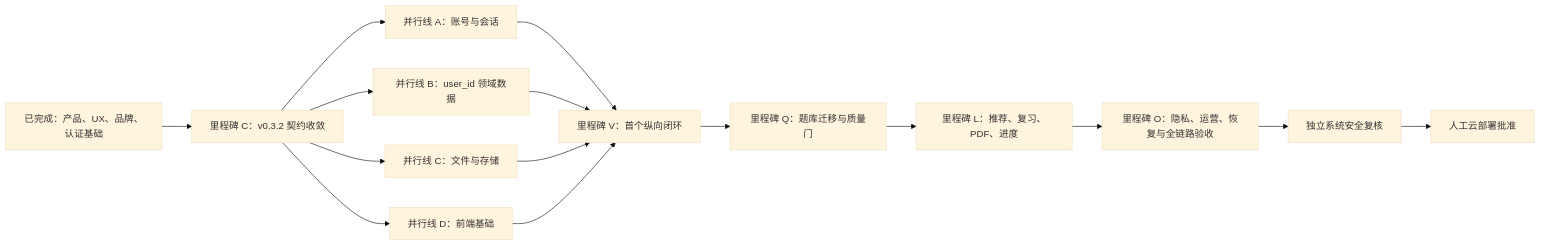
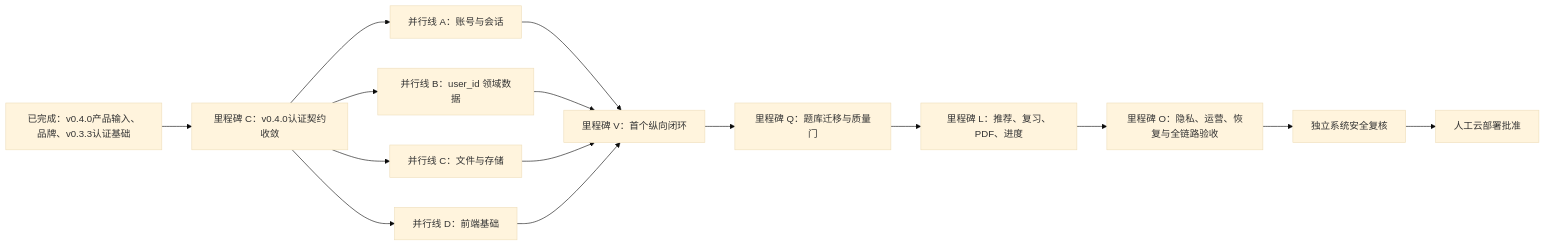
Before and after one commit to chjesu/math-error-notebook-web: the diagram in docs/11-REMAINING-FUNCTION-WBS.md, drawn with Mermaid (base theme). The commit also changed other lines of this file and 16 other files, not shown here.

Commit message:
docs: redesign login and registration product flow

````diff
--- a/docs/11-REMAINING-FUNCTION-WBS.md
+++ b/docs/11-REMAINING-FUNCTION-WBS.md
@@ -57,17 +57,17 @@
 ```mermaid
 flowchart LR
-    BASE[已完成：产品、UX、品牌、认证基础] --> C[里程碑 C：v0.3.2 契约收敛]
+    BASE[已完成：v0.4.0产品输入、品牌、v0.3.3认证基础] --> C[里程碑 C：v0.4.0认证契约收敛]
     C --> A[并行线 A：账号与会话]
     C --> D[并行线 B：user_id 领域数据]
     C --> F[并行线 C：文件与存储]
     C --> UI[并行线 D：前端基础]
     A --> V[里程碑 V：首个纵向闭环]
     D --> V
     F --> V
     UI --> V
     V --> Q[里程碑 Q：题库迁移与质量门]
     Q --> L[里程碑 L：推荐、复习、PDF、进度]
     L --> O[里程碑 O：隐私、运营、恢复与全链路验收]
     O --> S[独立系统安全复核]
     S --> H[人工云部署批准]
 ```
````
